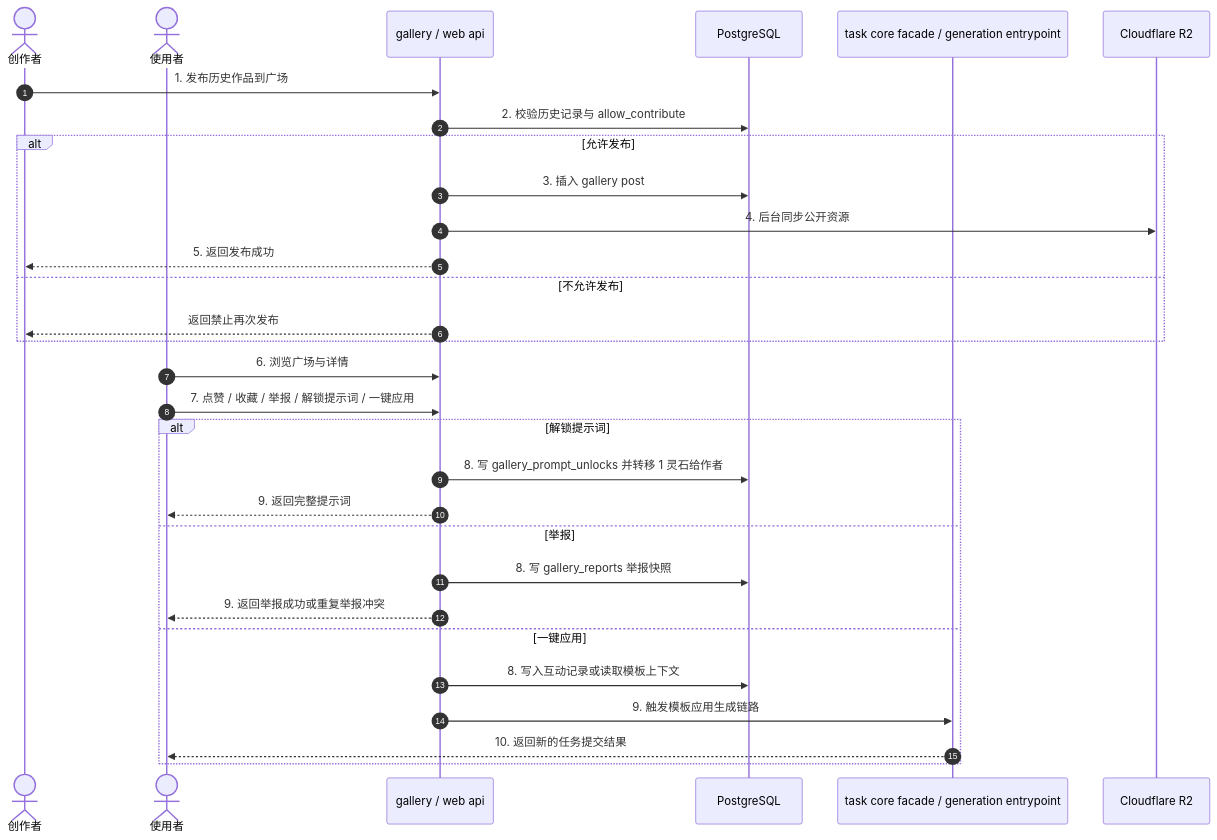
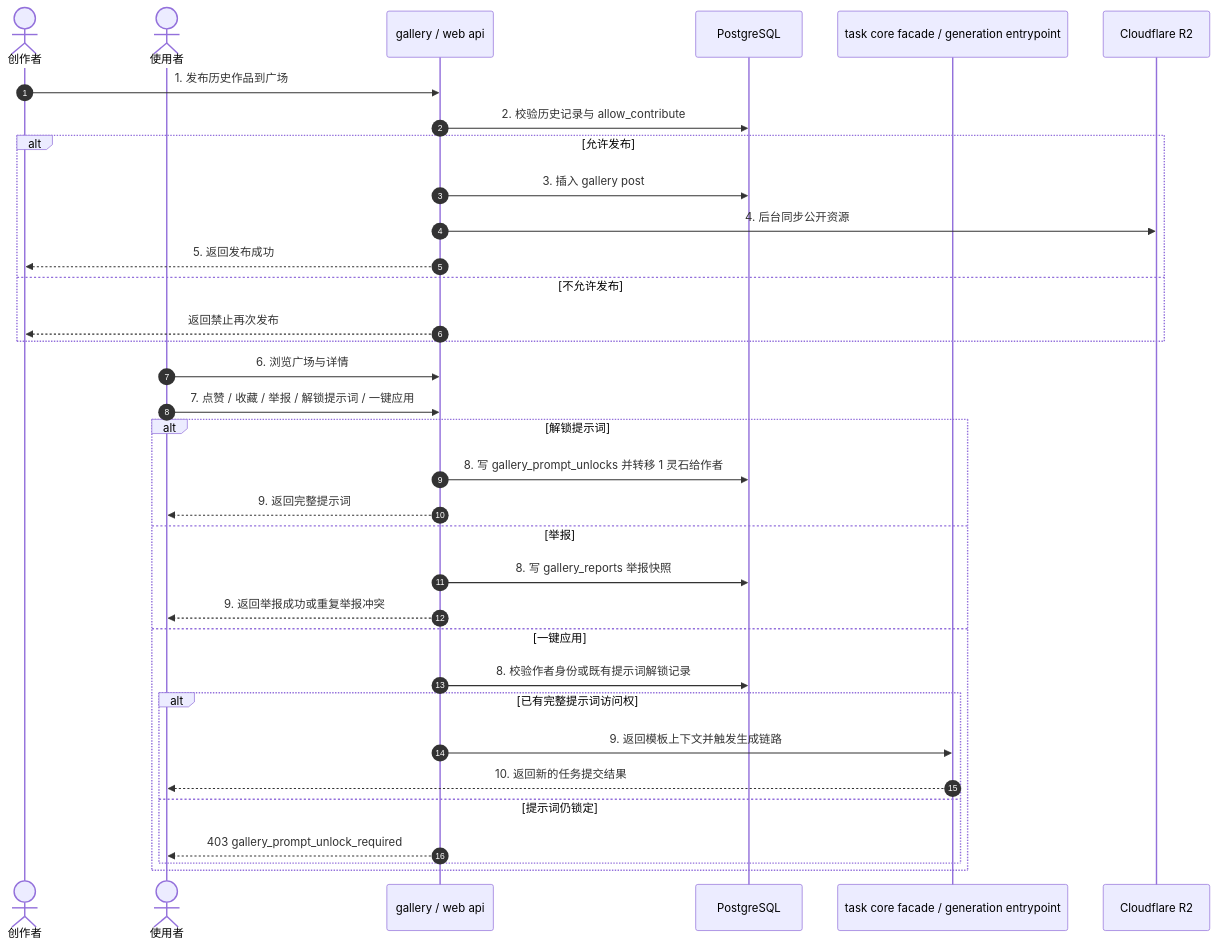
One commit to giraffu/All_bot changed the diagram in docs/business/03_BIZ_社区广场与社交互动板块.md. Above: the diagram before and after it, drawn with Mermaid. The commit also changed other lines of this file and 10 other files, not shown here.

Commit message:
fix(gallery): enforce prompt unlock before web template apply

````diff
--- a/docs/business/03_BIZ_社区广场与社交互动板块.md
+++ b/docs/business/03_BIZ_社区广场与社交互动板块.md
@@ -29,34 +30,38 @@
 ```mermaid
 sequenceDiagram
     autonumber
     actor A as 创作者
     actor B as 使用者
     participant Web as gallery / web api
     participant DB as PostgreSQL
     participant Task as task core facade / generation entrypoint
     participant R2 as Cloudflare R2
 
     A->>Web: 1. 发布历史作品到广场
     Web->>DB: 2. 校验历史记录与 allow_contribute
     alt 允许发布
         Web->>DB: 3. 插入 gallery post
         Web->>R2: 4. 后台同步公开资源
         Web-->>A: 5. 返回发布成功
     else 不允许发布
         Web-->>A: 返回禁止再次发布
     end
 
     B->>Web: 6. 浏览广场与详情
     B->>Web: 7. 点赞 / 收藏 / 举报 / 解锁提示词 / 一键应用
     alt 解锁提示词
         Web->>DB: 8. 写 gallery_prompt_unlocks 并转移 1 灵石给作者
         Web-->>B: 9. 返回完整提示词
     else 举报
         Web->>DB: 8. 写 gallery_reports 举报快照
         Web-->>B: 9. 返回举报成功或重复举报冲突
     else 一键应用
-        Web->>DB: 8. 写入互动记录或读取模板上下文
-        Web->>Task: 9. 触发模板应用生成链路
-        Task-->>B: 10. 返回新的任务提交结果
+        Web->>DB: 8. 校验作者身份或既有提示词解锁记录
+        alt 已有完整提示词访问权
+            Web->>Task: 9. 返回模板上下文并触发生成链路
+            Task-->>B: 10. 返回新的任务提交结果
+        else 提示词仍锁定
+            Web-->>B: 403 gallery_prompt_unlock_required
+        end
     end
 ```
````
